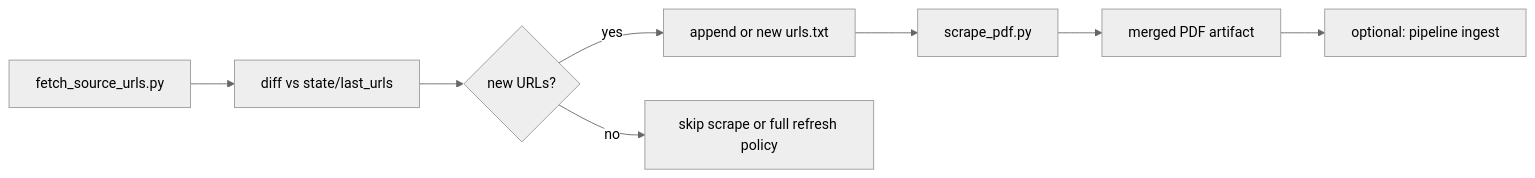
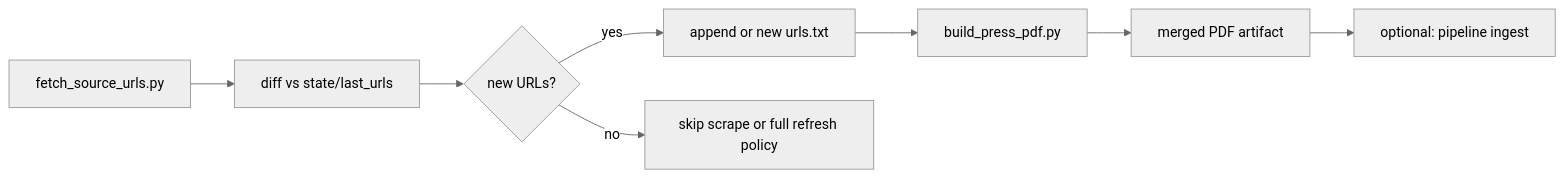
One commit to mrinaalr/CaseLinker changed the diagram in collector/PRESS_RELEASE_COLLECTION.md. Above: the diagram before and after it, drawn with Mermaid (neutral theme). The commit also changed other lines of this file and 34 other files, not shown here.

````diff
--- a/collector/PRESS_RELEASE_COLLECTION.md
+++ b/collector/PRESS_RELEASE_COLLECTION.md
@@ -378,10 +378,10 @@
 ```mermaid
 flowchart LR
   A[fetch_source_urls.py] --> B[diff vs state/last_urls]
   B --> C{new URLs?}
   C -->|yes| D[append or new urls.txt]
   C -->|no| E[skip scrape or full refresh policy]
-  D --> F[scrape_pdf.py]
+  D --> F[build_press_pdf.py]
   F --> G[merged PDF artifact]
   G --> H[optional: pipeline ingest]
 ```
````
